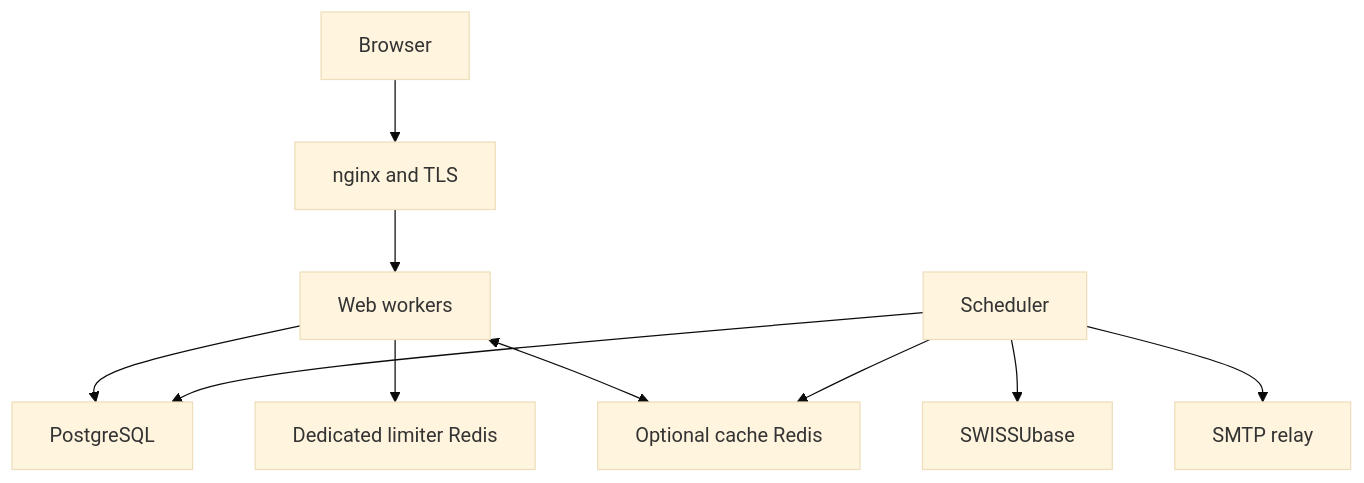
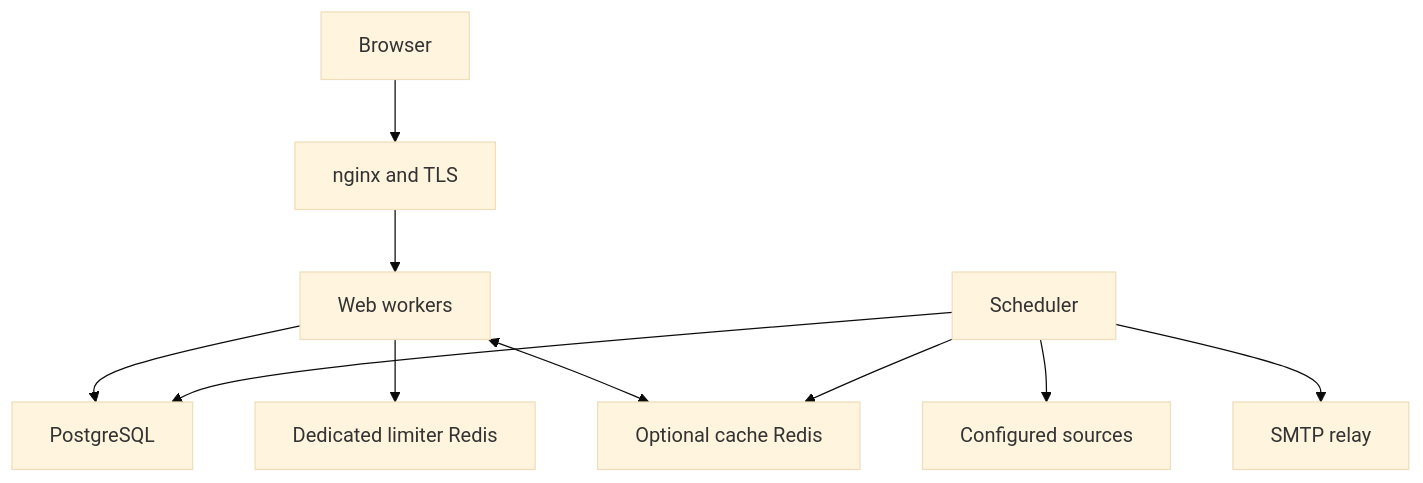
The diagram in docs/configuration/deployment.md (CFutter/sec_hum_oralhistarchiv_web_app), drawn with Mermaid (base theme) before and after one commit. The commit also changed other lines of this file and 714 other files, not shown here.

````diff
--- a/docs/configuration/deployment.md
+++ b/docs/configuration/deployment.md
@@ -15,12 +15,12 @@
 ```mermaid
 flowchart TD
     browser[Browser] --> nginx[nginx and TLS]
     nginx --> web[Web workers]
     web --> db[PostgreSQL]
     web --> limiter[Dedicated limiter Redis]
     web <--> cache[Optional cache Redis]
     scheduler[Scheduler] --> db
     scheduler --> cache
-    scheduler --> source[SWISSUbase]
+    scheduler --> source[Configured sources]
     scheduler --> smtp[SMTP relay]
 ```
````
